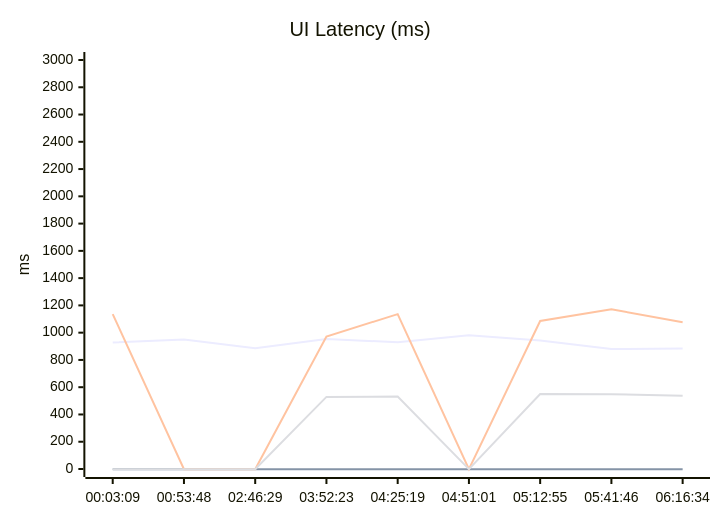
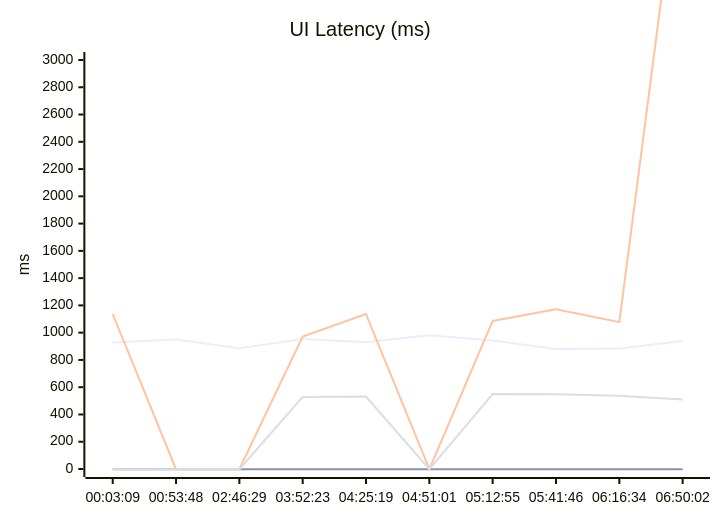
Before and after one commit to greenwave1987/clash_test: the diagram in README.md, drawn with Mermaid. The commit also changed other lines of this file and 1 other file, not shown here.

Commit message:
chore: update UI latency history

````diff
--- a/README.md
+++ b/README.md
@@ -16,10 +16,10 @@
 ```mermaid
 xychart-beta
   title "UI Latency (ms)"
-  x-axis ["00:03:09", "00:53:48", "02:46:29", "03:52:23", "04:25:19", "04:51:01", "05:12:55", "05:41:46", "06:16:34"]
+  x-axis ["00:03:09", "00:53:48", "02:46:29", "03:52:23", "04:25:19", "04:51:01", "05:12:55", "05:41:46", "06:16:34", "06:50:02"]
   y-axis "ms" 0 --> 3000
-  line "http://jz.***.uy" [928, 949, 885, 953, 930, 981, 942, 880, 883]
-  line "http://jz.***.io" [-1, -1, -1, -1, -1, -1, -1, -1, -1]
-  line "http://greenwave1987.***.in" [1136, -1, -1, 972, 1136, -1, 1086, 1171, 1077]
-  line "http://jz.***.xyz" [-1, -1, -1, 529, 531, -1, 550, 549, 537]
+  line "http://jz.***.uy" [928, 949, 885, 953, 930, 981, 942, 880, 883, 939]
+  line "http://jz.***.io" [-1, -1, -1, -1, -1, -1, -1, -1, -1, -1]
+  line "http://greenwave1987.***.in" [1136, -1, -1, 972, 1136, -1, 1086, 1171, 1077, 4657]
+  line "http://jz.***.xyz" [-1, -1, -1, 529, 531, -1, 550, 549, 537, 510]
 ```
````
